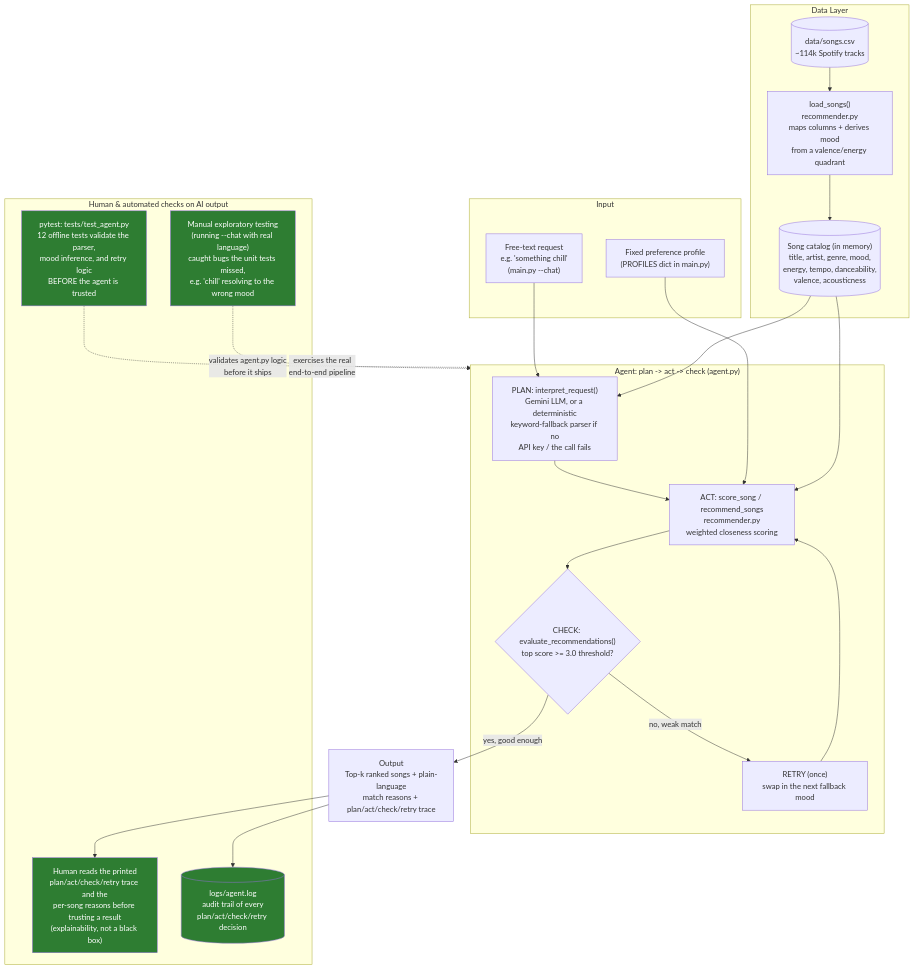
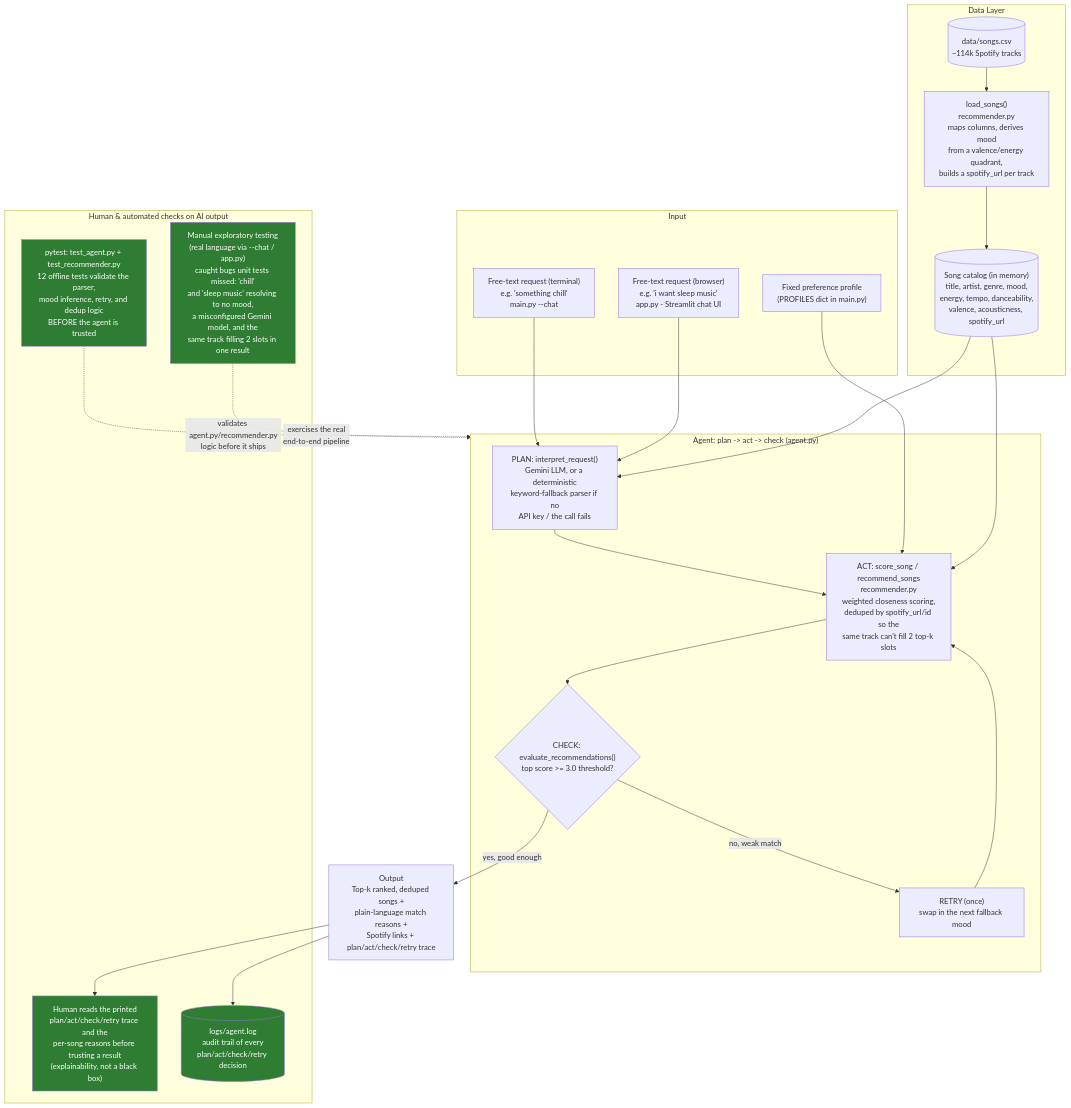
Before and after one commit to tnguyen356/applied-ai-system-project: the diagram in diagrams/system_architecture.mmd, drawn with Mermaid. The commit also changed 2 other files, not shown here.

Commit message:
Update system diagrams for Streamlit UI, Spotify links, and dedup
Both the Mermaid diagram (diagrams/) and the README's ASCII diagram
were still describing the pre-Streamlit, pre-Spotify-link system. Adds
app.py as a second agentic entry point alongside main.py --chat, notes
spotify_url on the catalog/output, and notes recommend_songs's dedup
step so the diagrams match the current pipeline.

```diff
--- a/diagrams/system_architecture.mmd
+++ b/diagrams/system_architecture.mmd
@@ -1,46 +1,48 @@
 flowchart TD
     subgraph DATA["Data Layer"]
         CSV[("data/songs.csv<br/>~114k Spotify tracks")]
-        LOAD["load_songs()<br/>recommender.py<br/>maps columns + derives mood<br/>from a valence/energy quadrant"]
-        CATALOG[("Song catalog (in memory)<br/>title, artist, genre, mood,<br/>energy, tempo, danceability,<br/>valence, acousticness")]
+        LOAD["load_songs()<br/>recommender.py<br/>maps columns, derives mood<br/>from a valence/energy quadrant,<br/>builds a spotify_url per track"]
+        CATALOG[("Song catalog (in memory)<br/>title, artist, genre, mood,<br/>energy, tempo, danceability,<br/>valence, acousticness, spotify_url")]
         CSV --> LOAD --> CATALOG
     end
 
     subgraph INPUT["Input"]
-        FREETEXT["Free-text request<br/>e.g. 'something chill'<br/>(main.py --chat)"]
+        CLICHAT["Free-text request (terminal)<br/>e.g. 'something chill'<br/>main.py --chat"]
+        WEBCHAT["Free-text request (browser)<br/>e.g. 'i want sleep music'<br/>app.py - Streamlit chat UI"]
         PROFILE["Fixed preference profile<br/>(PROFILES dict in main.py)"]
     end
 
     subgraph AGENT["Agent: plan -> act -> check  (agent.py)"]
         PLAN["PLAN: interpret_request()<br/>Gemini LLM, or a deterministic<br/>keyword-fallback parser if no<br/>API key / the call fails"]
-        ACT["ACT: score_song / recommend_songs<br/>recommender.py<br/>weighted closeness scoring"]
+        ACT["ACT: score_song / recommend_songs<br/>recommender.py<br/>weighted closeness scoring,<br/>deduped by spotify_url/id so the<br/>same track can't fill 2 top-k slots"]
         CHECK{"CHECK: evaluate_recommendations()<br/>top score >= 3.0 threshold?"}
         RETRY["RETRY (once)<br/>swap in the next fallback mood"]
         PLAN --> ACT --> CHECK
         CHECK -->|"no, weak match"| RETRY
         RETRY --> ACT
     end
 
-    OUTPUT["Output<br/>Top-k ranked songs + plain-language<br/>match reasons + plan/act/check/retry trace"]
+    OUTPUT["Output<br/>Top-k ranked, deduped songs +<br/>plain-language match reasons +<br/>Spotify links + plan/act/check/retry trace"]
 
     subgraph HUMAN["Human & automated checks on AI output"]
-        TESTS["pytest: tests/test_agent.py<br/>12 offline tests validate the parser,<br/>mood inference, and retry logic<br/>BEFORE the agent is trusted"]
-        MANUAL["Manual exploratory testing<br/>(running --chat with real language)<br/>caught bugs the unit tests missed,<br/>e.g. 'chill' resolving to the wrong mood"]
+        TESTS["pytest: test_agent.py + test_recommender.py<br/>12 offline tests validate the parser,<br/>mood inference, retry, and dedup logic<br/>BEFORE the agent is trusted"]
+        MANUAL["Manual exploratory testing<br/>(real language via --chat / app.py)<br/>caught bugs unit tests missed: 'chill'<br/>and 'sleep music' resolving to no mood,<br/>a misconfigured Gemini model, and the<br/>same track filling 2 slots in one result"]
         REVIEW["Human reads the printed<br/>plan/act/check/retry trace and the<br/>per-song reasons before trusting a result<br/>(explainability, not a black box)"]
         LOG[("logs/agent.log<br/>audit trail of every<br/>plan/act/check/retry decision")]
     end
 
-    FREETEXT --> PLAN
+    CLICHAT --> PLAN
+    WEBCHAT --> PLAN
     PROFILE --> ACT
     CATALOG --> ACT
     CATALOG --> PLAN
     CHECK -->|"yes, good enough"| OUTPUT
     OUTPUT --> REVIEW
     OUTPUT --> LOG
-    TESTS -.->|"validates agent.py logic<br/>before it ships"| AGENT
+    TESTS -.->|"validates agent.py/recommender.py<br/>logic before it ships"| AGENT
     MANUAL -.->|"exercises the real<br/>end-to-end pipeline"| AGENT
 
     style TESTS fill:#2e7d32,color:#ffffff
     style MANUAL fill:#2e7d32,color:#ffffff
     style REVIEW fill:#2e7d32,color:#ffffff
     style LOG fill:#2e7d32,color:#ffffff
```
